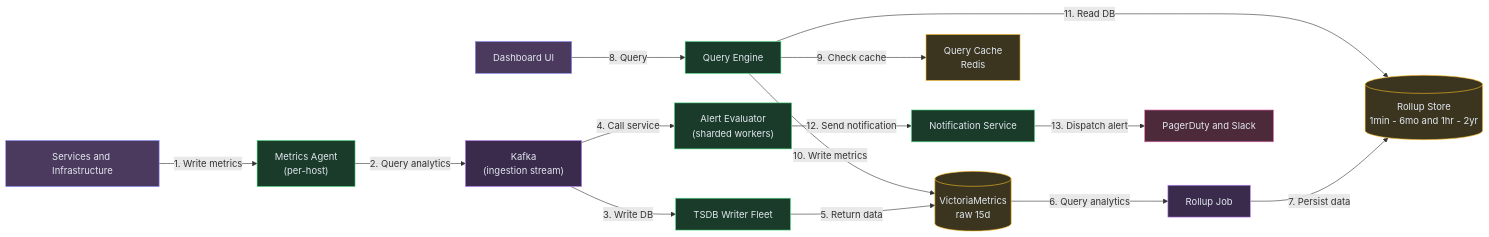
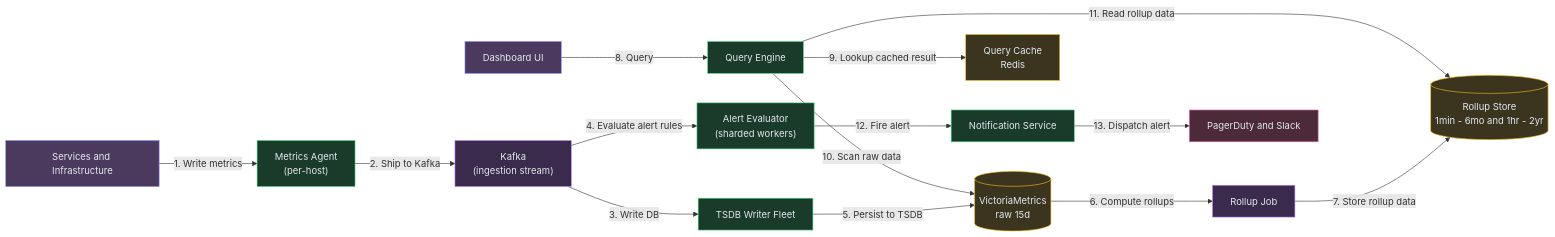
One commit to iluzn/HLD-Designs changed the seventh of 7 diagrams in content/hld/MetricsMonitoring.md. Above: the diagram before and after it, drawn with Mermaid. The commit also changed other lines of this file and 27 other files, not shown here.

````diff
--- a/content/hld/MetricsMonitoring.md
+++ b/content/hld/MetricsMonitoring.md
@@ -443,37 +443,37 @@
 ```mermaid
 flowchart LR
     APPS["Services and Infrastructure"]:::client
     AGENT["Metrics Agent<br/>(per-host)"]:::service
     KAFKA["Kafka<br/>(ingestion stream)"]:::async
     WRITER["TSDB Writer Fleet"]:::service
     TSDB[("VictoriaMetrics<br/>raw 15d")]:::data
     ROLLUP[("Rollup Store<br/>1min - 6mo and 1hr - 2yr")]:::data
     ROLLUPJOB["Rollup Job"]:::async
     QENG["Query Engine"]:::service
     QCACHE["Query Cache<br/>Redis"]:::data
     DASH["Dashboard UI"]:::client
     ALERT["Alert Evaluator<br/>(sharded workers)"]:::service
     NOTIFY["Notification Service"]:::service
     PD["PagerDuty and Slack"]:::external
 
     APPS -->|"1. Write metrics"| AGENT
-    AGENT -->|"2. Query analytics"| KAFKA
+    AGENT -->|"2. Ship to Kafka"| KAFKA
     KAFKA -->|"3. Write DB"| WRITER
-    KAFKA -->|"4. Call service"| ALERT
-    WRITER -->|"5. Return data"| TSDB
-    TSDB -->|"6. Query analytics"| ROLLUPJOB
-    ROLLUPJOB -->|"7. Persist data"| ROLLUP
+    KAFKA -->|"4. Evaluate alert rules"| ALERT
+    WRITER -->|"5. Persist to TSDB"| TSDB
+    TSDB -->|"6. Compute rollups"| ROLLUPJOB
+    ROLLUPJOB -->|"7. Store rollup data"| ROLLUP
     DASH -->|"8. Query"| QENG
-    QENG -->|"9. Check cache"| QCACHE
-    QENG -->|"10. Write metrics"| TSDB
-    QENG -->|"11. Read DB"| ROLLUP
-    ALERT -->|"12. Send notification"| NOTIFY
+    QENG -->|"9. Lookup cached result"| QCACHE
+    QENG -->|"10. Scan raw data"| TSDB
+    QENG -->|"11. Read rollup data"| ROLLUP
+    ALERT -->|"12. Fire alert"| NOTIFY
     NOTIFY -->|"13. Dispatch alert"| PD
 
     classDef client fill:#4c3a5e,stroke:#818cf8,color:#e2e8f0
     classDef edge fill:#1e3a5f,stroke:#38bdf8,color:#e2e8f0
     classDef service fill:#1a3a2a,stroke:#4ade80,color:#e2e8f0
     classDef data fill:#3b3520,stroke:#fbbf24,color:#e2e8f0
     classDef async fill:#3a2a4c,stroke:#c084fc,color:#e2e8f0
     classDef external fill:#4c2a3a,stroke:#f472b6,color:#e2e8f0
 ```
````
